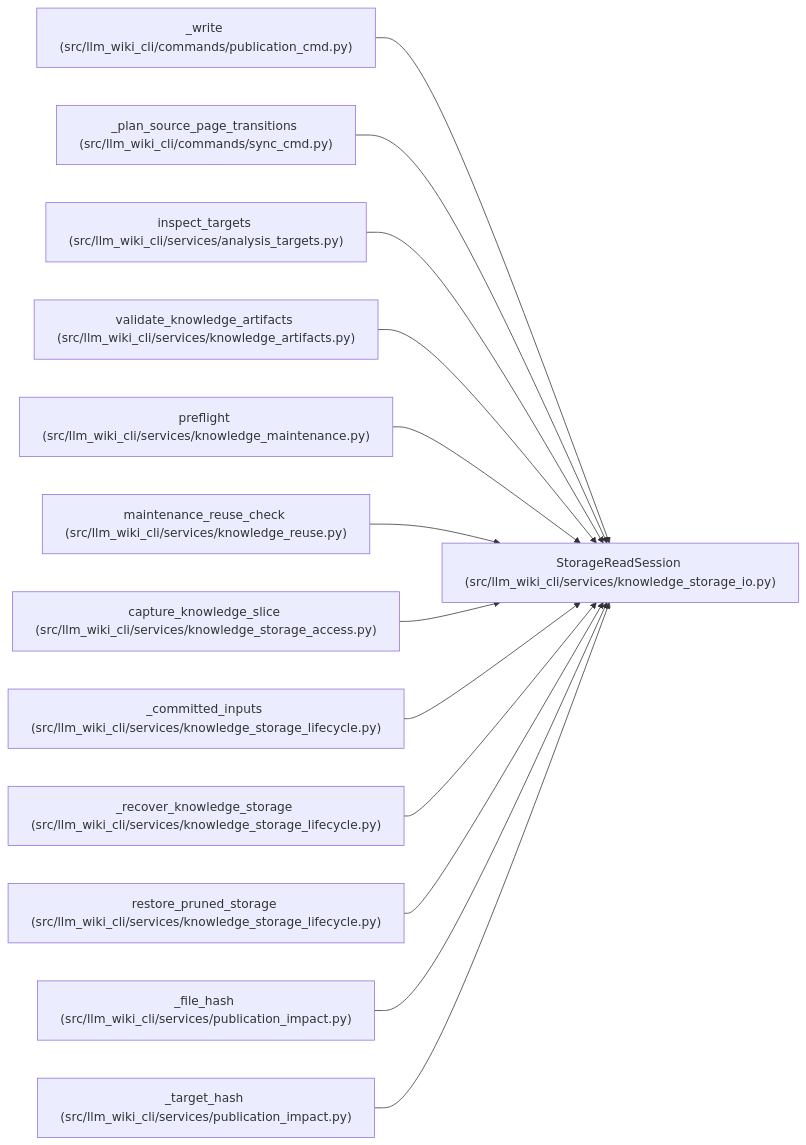
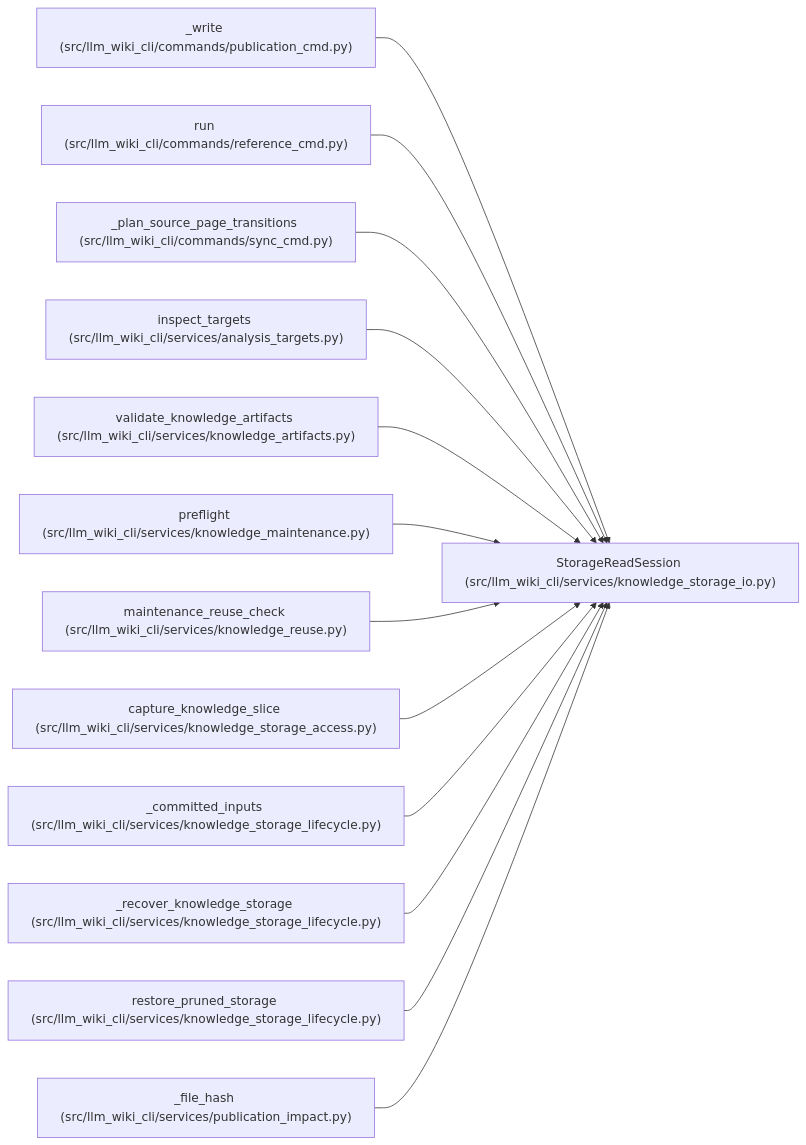
The diagram in docs/llm_wiki/entities/StorageReadSession.md (Denissvgn/python-wiki-llm), drawn with Mermaid before and after one commit. The commit also changed other lines of this file and 468 other files, not shown here.

Commit message:
feat: add stable CLI reference data to wiki review

````diff
--- a/docs/llm_wiki/entities/StorageReadSession.md
+++ b/docs/llm_wiki/entities/StorageReadSession.md
@@ -34,41 +34,41 @@
 ```mermaid
 flowchart LR
     n0["StorageReadSession (src/llm_wiki_cli/services/knowledge_storage_io.py)"]
     n1["_write (src/llm_wiki_cli/commands/publication_cmd.py)"]
-    n2["_plan_source_page_transitions (src/llm_wiki_cli/commands/sync_cmd.py)"]
-    n3["inspect_targets (src/llm_wiki_cli/services/analysis_targets.py)"]
-    n4["validate_knowledge_artifacts (src/llm_wiki_cli/services/knowledge_artifacts.py)"]
-    n5["preflight (src/llm_wiki_cli/services/knowledge_maintenance.py)"]
-    n6["maintenance_reuse_check (src/llm_wiki_cli/services/knowledge_reuse.py)"]
-    n7["capture_knowledge_slice (src/llm_wiki_cli/services/knowledge_storage_access.py)"]
-    n8["_committed_inputs (src/llm_wiki_cli/services/knowledge_storage_lifecycle.py)"]
-    n9["_recover_knowledge_storage (src/llm_wiki_cli/services/knowledge_storage_lifecycle.py)"]
-    n10["restore_pruned_storage (src/llm_wiki_cli/services/knowledge_storage_lifecycle.py)"]
-    n11["_file_hash (src/llm_wiki_cli/services/publication_impact.py)"]
-    n12["_target_hash (src/llm_wiki_cli/services/publication_impact.py)"]
+    n2["run (src/llm_wiki_cli/commands/reference_cmd.py)"]
+    n3["_plan_source_page_transitions (src/llm_wiki_cli/commands/sync_cmd.py)"]
+    n4["inspect_targets (src/llm_wiki_cli/services/analysis_targets.py)"]
+    n5["validate_knowledge_artifacts (src/llm_wiki_cli/services/knowledge_artifacts.py)"]
+    n6["preflight (src/llm_wiki_cli/services/knowledge_maintenance.py)"]
+    n7["maintenance_reuse_check (src/llm_wiki_cli/services/knowledge_reuse.py)"]
+    n8["capture_knowledge_slice (src/llm_wiki_cli/services/knowledge_storage_access.py)"]
+    n9["_committed_inputs (src/llm_wiki_cli/services/knowledge_storage_lifecycle.py)"]
+    n10["_recover_knowledge_storage (src/llm_wiki_cli/services/knowledge_storage_lifecycle.py)"]
+    n11["restore_pruned_storage (src/llm_wiki_cli/services/knowledge_storage_lifecycle.py)"]
+    n12["_file_hash (src/llm_wiki_cli/services/publication_impact.py)"]
     n1 --> n0
     n2 --> n0
     n3 --> n0
     n4 --> n0
     n5 --> n0
     n6 --> n0
     n7 --> n0
     n8 --> n0
     n9 --> n0
     n10 --> n0
     n11 --> n0
     n12 --> n0
     click n0 "../modules/knowledge_storage_io.md"
     click n1 "../modules/publication_cmd.md"
-    click n2 "../modules/sync_cmd.md"
-    click n3 "../modules/analysis_targets.md"
-    click n4 "../modules/knowledge_artifacts.md"
-    click n5 "../modules/knowledge_maintenance.md"
-    click n6 "../modules/knowledge_reuse.md"
-    click n7 "../modules/knowledge_storage_access.md"
-    click n8 "../modules/knowledge_storage_lifecycle.md"
+    click n2 "../modules/reference_cmd.md"
+    click n3 "../modules/sync_cmd.md"
+    click n4 "../modules/analysis_targets.md"
+    click n5 "../modules/knowledge_artifacts.md"
+    click n6 "../modules/knowledge_maintenance.md"
+    click n7 "../modules/knowledge_reuse.md"
+    click n8 "../modules/knowledge_storage_access.md"
     click n9 "../modules/knowledge_storage_lifecycle.md"
     click n10 "../modules/knowledge_storage_lifecycle.md"
-    click n11 "../modules/publication_impact.md"
+    click n11 "../modules/knowledge_storage_lifecycle.md"
     click n12 "../modules/publication_impact.md"
 ```
````
